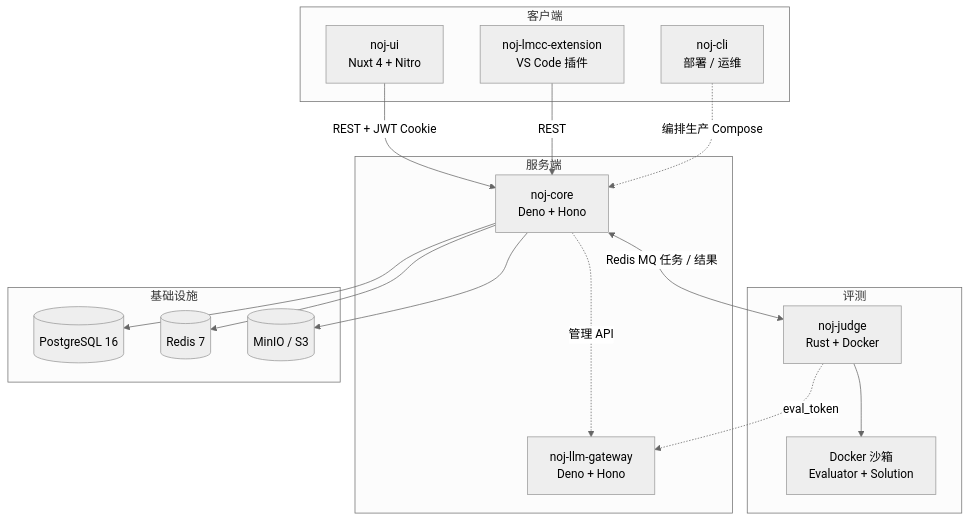
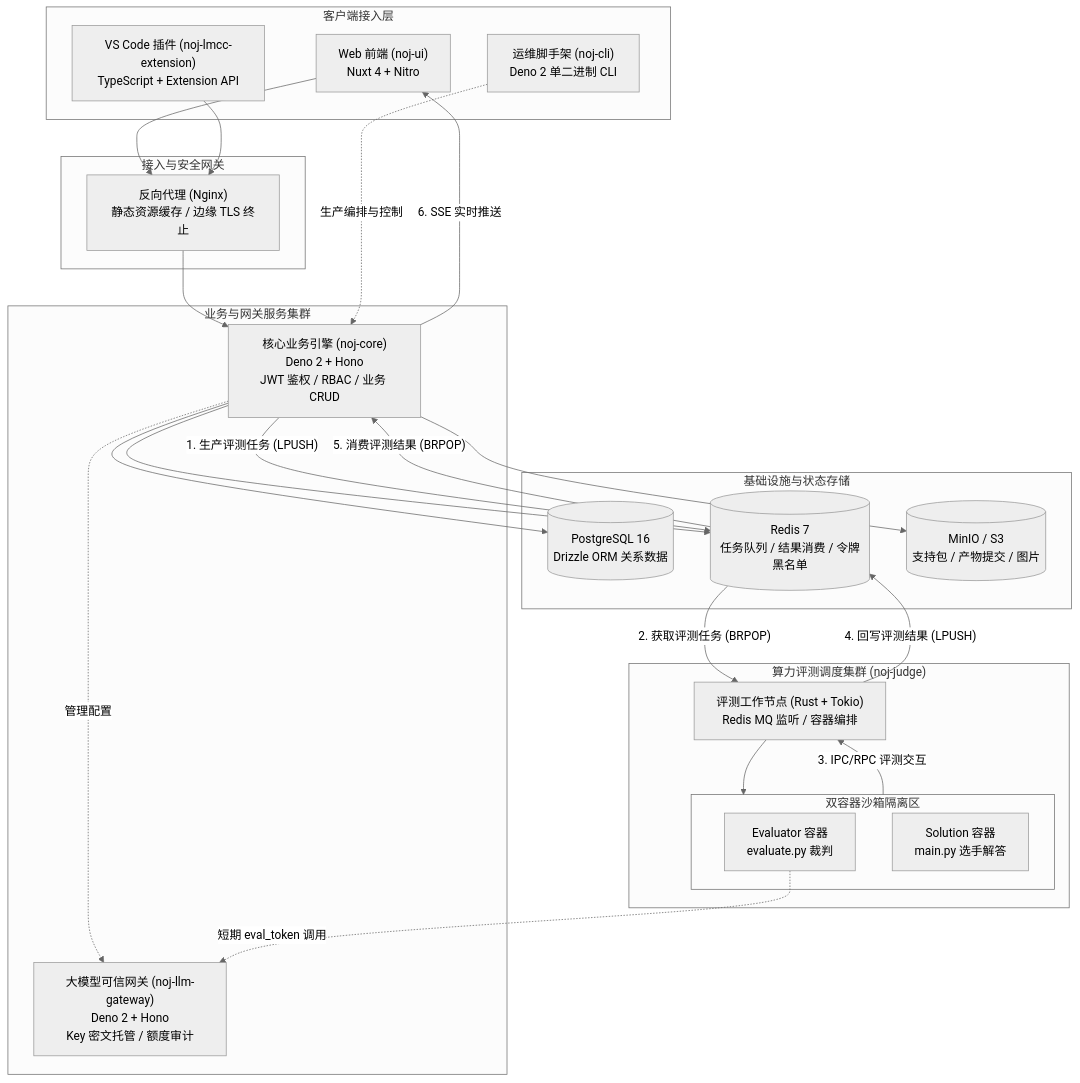
One commit to Neuro-OJ/neuro-oj changed the first of 2 diagrams in noj-docs/docs/system/architecture.md. Above: the diagram before and after it, drawn with Mermaid (neutral theme). The commit also changed other lines of this file and 23 other files, not shown here.

````diff
--- a/noj-docs/docs/system/architecture.md
+++ b/noj-docs/docs/system/architecture.md
@@ -7,32 +11,51 @@
 ```mermaid
 flowchart TB
-  subgraph Clients["客户端"]
-    UI["noj-ui<br/>Nuxt 4 + Nitro"]
-    IDE["noj-lmcc-extension<br/>VS Code 插件"]
-    CLI["noj-cli<br/>部署 / 运维"]
-  end
-  subgraph Server["服务端"]
-    Core["noj-core<br/>Deno + Hono"]
-    LLMGW["noj-llm-gateway<br/>Deno + Hono"]
-  end
-  subgraph JudgeGroup["评测"]
-    Judge["noj-judge<br/>Rust + Docker"]
-    Sandbox["Docker 沙箱<br/>Evaluator + Solution"]
-  end
-  subgraph Infra["基础设施"]
-    PG[("PostgreSQL 16")]
-    Redis[("Redis 7")]
-    S3[("MinIO / S3")]
-  end
+    subgraph Clients["客户端接入层"]
+        UI["Web 前端 (noj-ui)<br/>Nuxt 4 + Nitro"]
+        IDE["VS Code 插件 (noj-lmcc-extension)<br/>TypeScript + Extension API"]
+        CLI["运维脚手架 (noj-cli)<br/>Deno 2 单二进制 CLI"]
+    end
 
-  UI -- "REST + JWT Cookie" --> Core
-  IDE -- REST --> Core
-  CLI -. "编排生产 Compose" .-> Core
-  Core <-- "Redis MQ 任务 / 结果" --> Judge
-  Judge --> Sandbox
-  Core --> PG
-  Core --> Redis
-  Core --> S3
-  Judge -. eval_token .-> LLMGW
-  Core -. 管理 API .-> LLMGW
+    subgraph GatewayLayer["接入与安全网关"]
+        Nginx["反向代理 (Nginx)<br/>静态资源缓存 / 边缘 TLS 终止"]
+    end
+
+    subgraph ServiceLayer["业务与网关服务集群"]
+        Core["核心业务引擎 (noj-core)<br/>Deno 2 + Hono<br/>JWT 鉴权 / RBAC / 业务 CRUD"]
+        LLMGW["大模型可信网关 (noj-llm-gateway)<br/>Deno 2 + Hono<br/>Key 密文托管 / 额度审计"]
+    end
+
+    subgraph StorageLayer["基础设施与状态存储"]
+        PG[("PostgreSQL 16<br/>Drizzle ORM 关系数据")]
+        Redis[("Redis 7<br/>任务队列 / 结果消费 / 令牌黑名单")]
+        MinIO[("MinIO / S3<br/>支持包 / 产物提交 / 图片")]
+    end
+
+    subgraph JudgeLayer["算力评测调度集群 (noj-judge)"]
+        Worker["评测工作节点 (Rust + Tokio)<br/>Redis MQ 监听 / 容器编排"]
+        subgraph Sandbox["双容器沙箱隔离区"]
+            Eval["Evaluator 容器<br/>evaluate.py 裁判"]
+            Sol["Solution 容器<br/>main.py 选手解答"]
+        end
+    end
+
+    UI --> Nginx
+    IDE --> Nginx
+    Nginx --> Core
+    CLI -. "生产编排与控制" .-> Core
+
+    Core --> PG
+    Core --> Redis
+    Core --> MinIO
+    Core -. "管理配置" .-> LLMGW
+
+    Core -- "1. 生产评测任务 (LPUSH)" --> Redis
+    Redis -- "2. 获取评测任务 (BRPOP)" --> Worker
+    Worker --> Sandbox
+    Sandbox -- "3. IPC/RPC 评测交互" --> Worker
+    Worker -- "4. 回写评测结果 (LPUSH)" --> Redis
+    Redis -- "5. 消费评测结果 (BRPOP)" --> Core
+    Core -- "6. SSE 实时推送" --> UI
+
+    Eval -. "短期 eval_token 调用" .-> LLMGW
 ```
````
